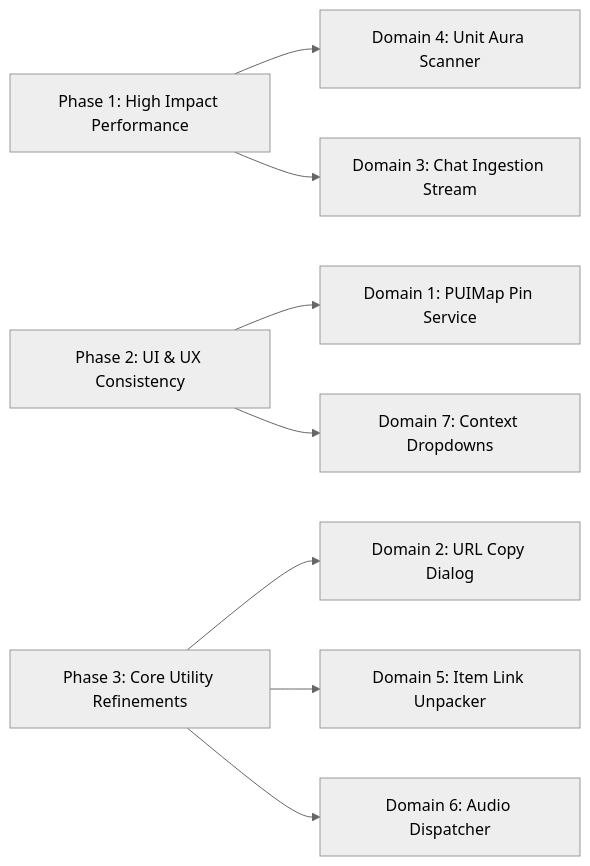
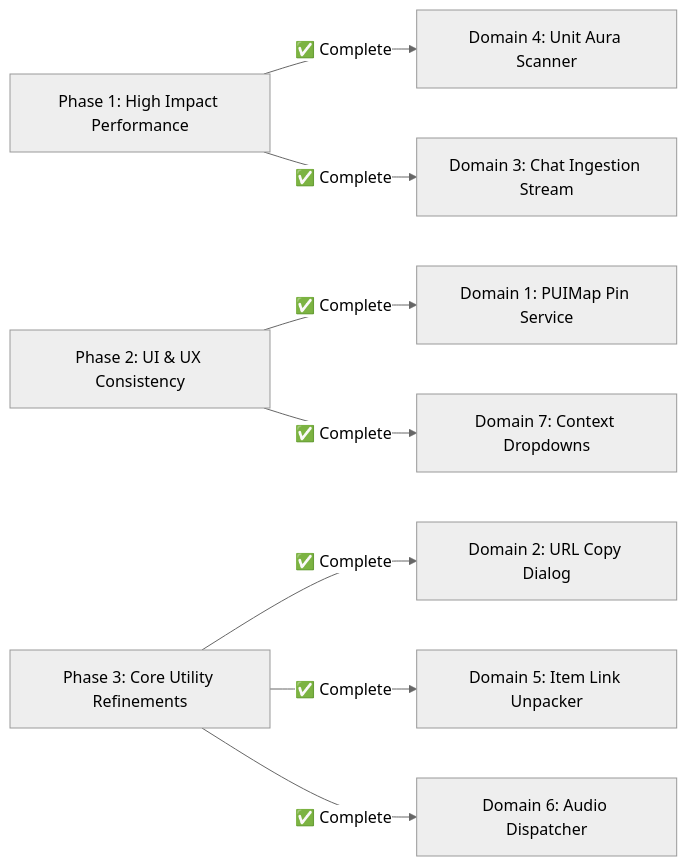
Before and after one commit to primus-tech/primusui: the diagram in SCATTERED_FUNCTIONALITY.md, drawn with Mermaid (neutral theme). The commit also changed other lines of this file, not shown here.

````diff
--- a/SCATTERED_FUNCTIONALITY.md
+++ b/SCATTERED_FUNCTIONALITY.md
@@ -244,12 +244,12 @@
 ```mermaid
 graph LR
-    A[Phase 1: High Impact Performance] --> B[Domain 4: Unit Aura Scanner]
-    A --> C[Domain 3: Chat Ingestion Stream]
+    A[Phase 1: High Impact Performance] -->|✅ Complete| B[Domain 4: Unit Aura Scanner]
+    A -->|✅ Complete| C[Domain 3: Chat Ingestion Stream]
     
-    D[Phase 2: UI & UX Consistency] --> E[Domain 1: PUIMap Pin Service]
-    D --> F[Domain 7: Context Dropdowns]
+    D[Phase 2: UI & UX Consistency] -->|✅ Complete| E[Domain 1: PUIMap Pin Service]
+    D -->|✅ Complete| F[Domain 7: Context Dropdowns]
     
-    G[Phase 3: Core Utility Refinements] --> H[Domain 2: URL Copy Dialog]
-    G --> I[Domain 5: Item Link Unpacker]
-    G --> J[Domain 6: Audio Dispatcher]
+    G[Phase 3: Core Utility Refinements] -->|✅ Complete| H[Domain 2: URL Copy Dialog]
+    G -->|✅ Complete| I[Domain 5: Item Link Unpacker]
+    G -->|✅ Complete| J[Domain 6: Audio Dispatcher]
 ```
````
